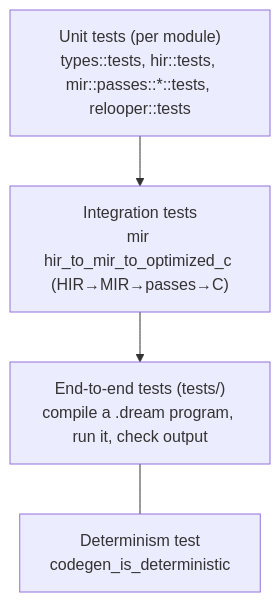
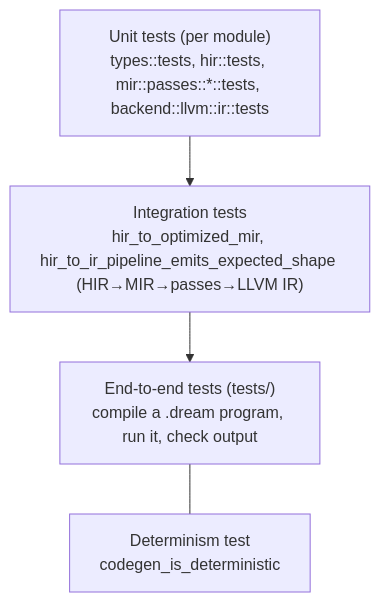
The first of 3 diagrams in docs/internals/08-testing-and-determinism.md (sps014/dream), drawn with Mermaid before and after one commit. The commit also changed other lines of this file and 212 other files, not shown here.

First line of the commit message:
Replace the C backend with a pure LLVM backend

````diff
--- a/docs/internals/08-testing-and-determinism.md
+++ b/docs/internals/08-testing-and-determinism.md
@@ -7,9 +7,9 @@
 ```mermaid
 flowchart TD
-    unit["Unit tests (per module)\ntypes::tests, hir::tests, mir::passes::*::tests, relooper::tests"]
-    integ["Integration tests\nmir hir_to_mir_to_optimized_c (HIR→MIR→passes→C)"]
+    unit["Unit tests (per module)\ntypes::tests, hir::tests, mir::passes::*::tests, backend::llvm::ir::tests"]
+    integ["Integration tests\nhir_to_optimized_mir, hir_to_ir_pipeline_emits_expected_shape (HIR→MIR→passes→LLVM IR)"]
     e2e["End-to-end tests (tests/)\ncompile a .dream program, run it, check output"]
     det["Determinism test\ncodegen_is_deterministic"]
     unit --> integ --> e2e
     e2e --- det
 ```
````
